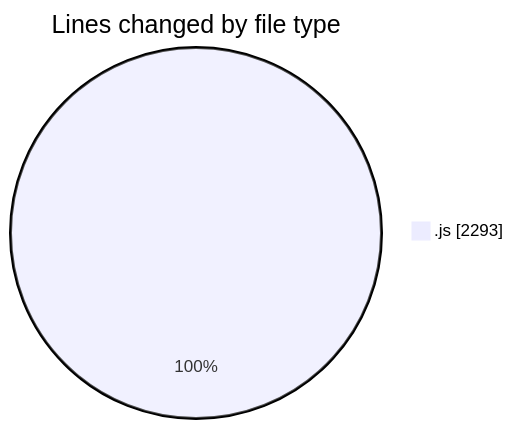
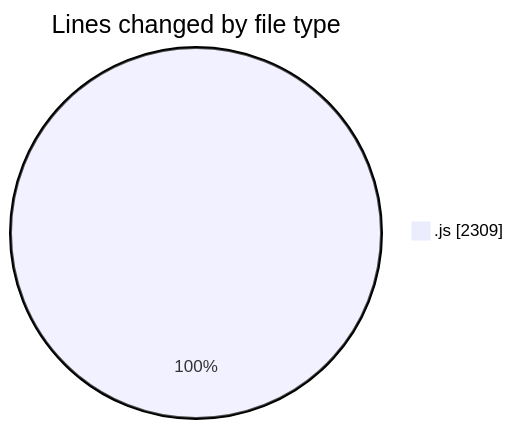
One commit to nxtqubesakshisongat/code-tracking changed the first of 2 diagrams in 2025-12-12/nxtqube_webapp/README.md. Above: the diagram before and after it, drawn with Mermaid. The commit also changed other lines of this file and 1 other file, not shown here.

````diff
--- a/2025-12-12/nxtqube_webapp/README.md
+++ b/2025-12-12/nxtqube_webapp/README.md
@@ -20,5 +20,5 @@
 ```mermaid
 pie showData
 title Lines changed by file type
-".js" : 2293
+".js" : 2309
 ```
````
